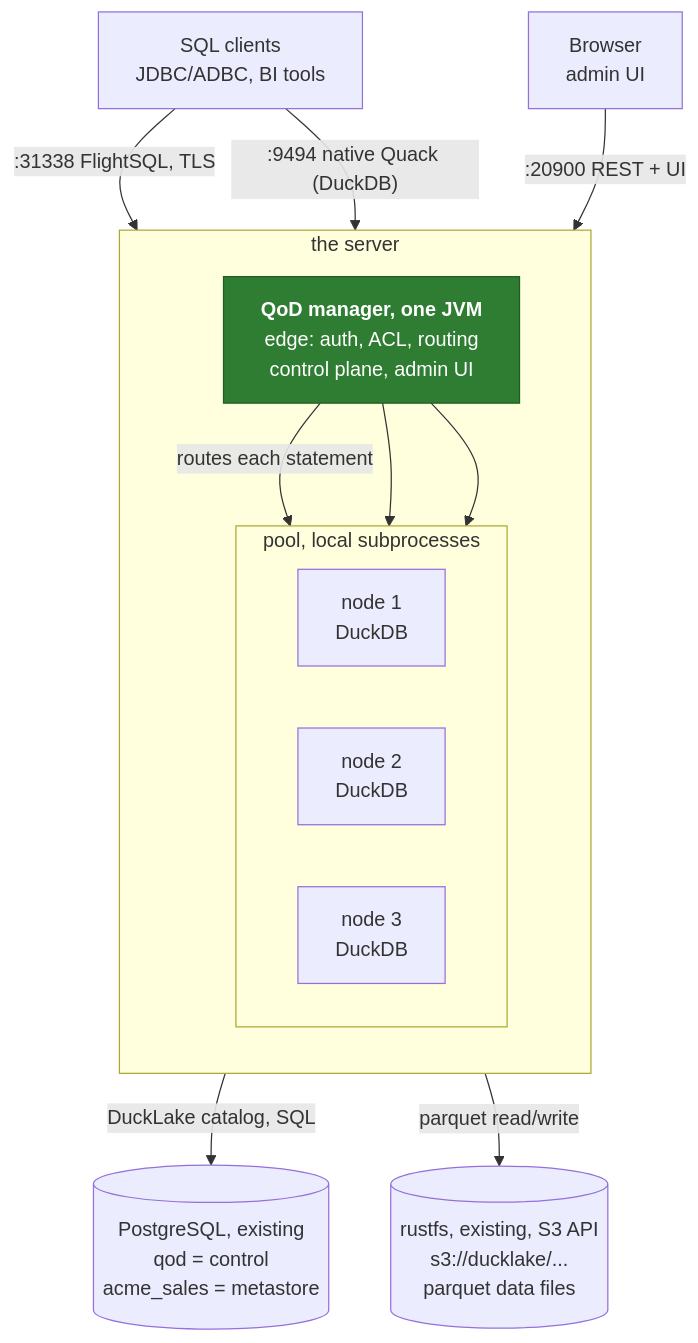
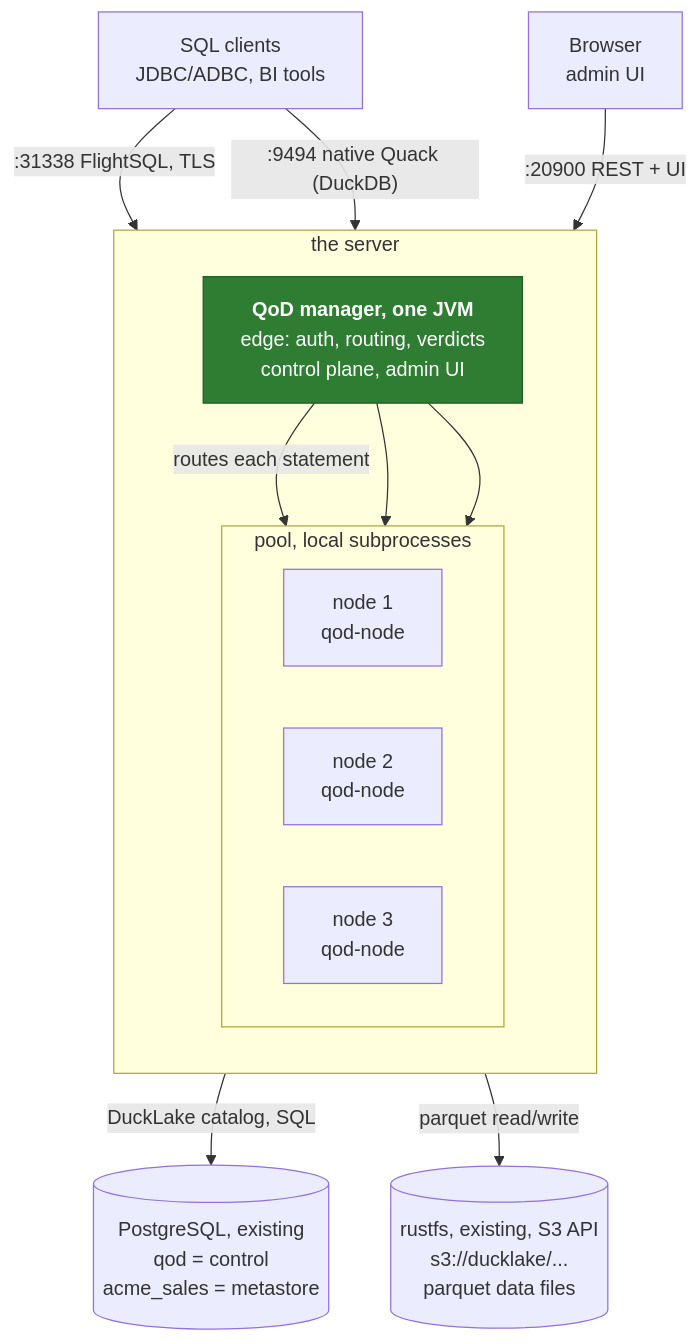
Before and after one commit to starlake-ai/starlake-docs: the first of 6 diagrams in qod/operating/deploy-single-server.md, drawn with Mermaid. The commit also changed other lines of this file and 12 other files, not shown here.

First line of the commit message:
docs(qod): 0.11.0 deployment and sign-in: qod-node, node keys, no static API key

````diff
--- a/qod/operating/deploy-single-server.md
+++ b/qod/operating/deploy-single-server.md
@@ -30,26 +30,26 @@
 ```mermaid
 graph TD
   clients["SQL clients<br/>JDBC/ADBC, BI tools"]
   browser["Browser<br/>admin UI"]
   subgraph server["the server"]
     direction TB
-    manager["<b>QoD manager, one JVM</b><br/>edge: auth, ACL, routing<br/>control plane, admin UI"]
+    manager["<b>QoD manager, one JVM</b><br/>edge: auth, routing, verdicts<br/>control plane, admin UI"]
     subgraph pool["pool, local subprocesses"]
       direction LR
-      n1["node 1<br/>DuckDB"]
-      n2["node 2<br/>DuckDB"]
-      n3["node 3<br/>DuckDB"]
+      n1["node 1<br/>qod-node"]
+      n2["node 2<br/>qod-node"]
+      n3["node 3<br/>qod-node"]
     end
     manager -->|"routes each statement"| n1
     manager --> n2
     manager --> n3
   end
   pg[("PostgreSQL, existing<br/>qod = control<br/>acme_sales = metastore")]
   s3[("rustfs, existing, S3 API<br/>s3://ducklake/...<br/>parquet data files")]
   clients -->|":31338 FlightSQL, TLS"| manager
   clients -->|":9494 native Quack (DuckDB)"| manager
   browser -->|":20900 REST + UI"| manager
   pool -->|"DuckLake catalog, SQL"| pg
   pool -->|"parquet read/write"| s3
   style manager fill:#2e7d32,stroke:#1b5e20,color:#fff
 ```
````
